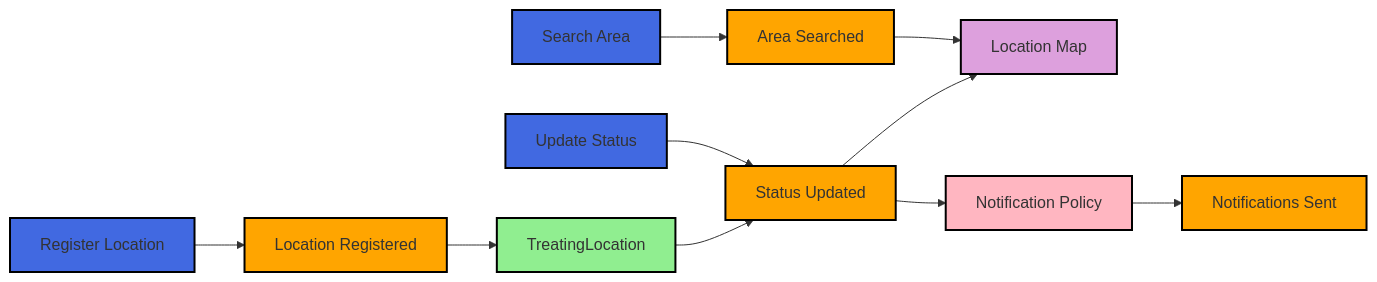
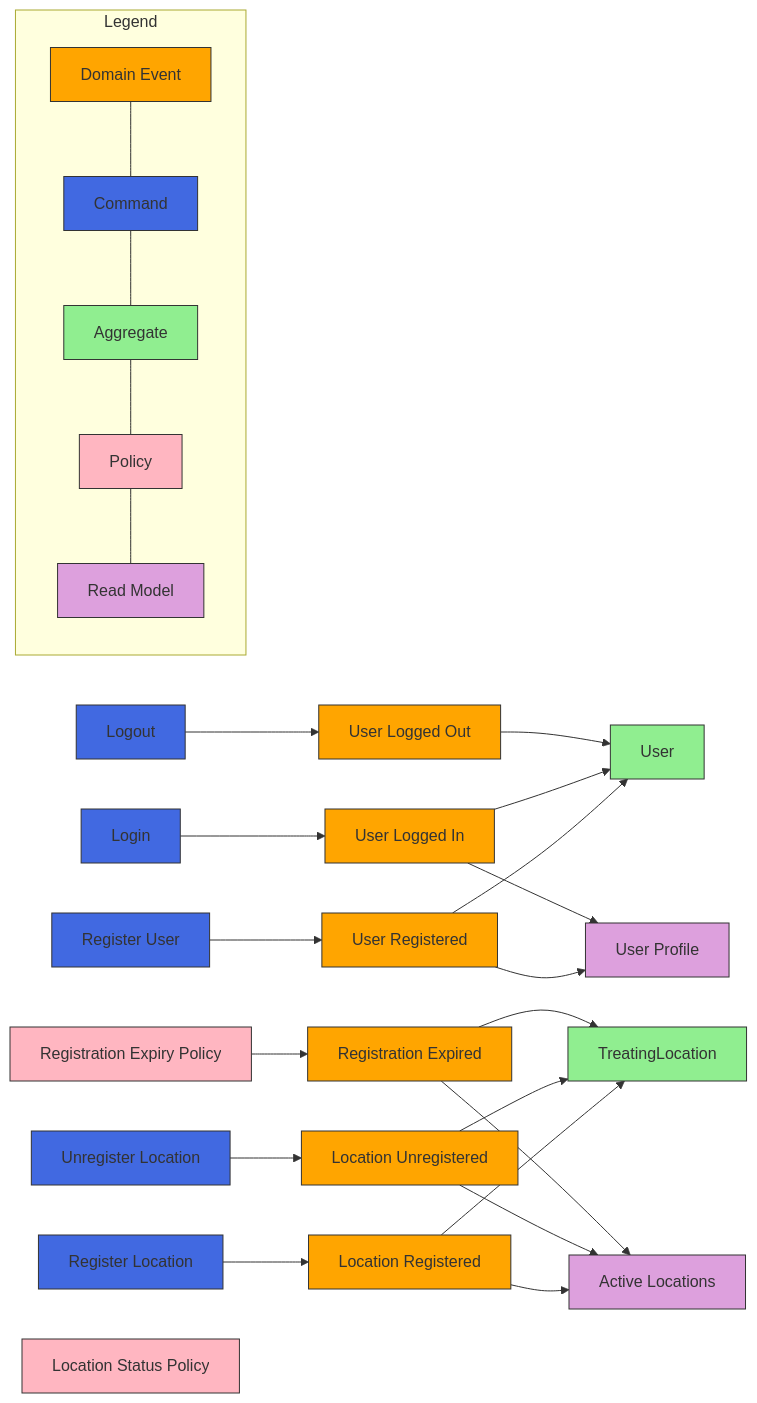
The diagram in event-storming.md (janusmartinlee/trick-or-treat-finder), drawn with Mermaid before and after one commit. The commit also changed other lines of this file and 3 other files, not shown here.

Commit message:
Updated event storming diagram with core user and location events

````diff
--- a/event-storming.md
+++ b/event-storming.md
@@ -5,20 +12,70 @@
 ```mermaid
-graph LR
-    classDef domainEvent fill:#FFA500,stroke:#000,stroke-width:2px
-    classDef command fill:#4169E1,stroke:#000,stroke-width:2px
-    classDef aggregate fill:#90EE90,stroke:#000,stroke-width:2px
-    classDef policy fill:#FFB6C1,stroke:#000,stroke-width:2px
-    classDef readModel fill:#DDA0DD,stroke:#000,stroke-width:2px
+flowchart LR
+    %% Legend
+    L1[Domain Event]:::event
+    L2[Command]:::command
+    L3[Aggregate]:::aggregate
+    L4[Policy]:::policy
+    L5[Read Model]:::readmodel
     
-    C1[Register Location]:::command --> E1[Location Registered]:::domainEvent
-    E1 --> A1[TreatingLocation]:::aggregate
-    A1 --> E2[Status Updated]:::domainEvent
-    C2[Update Status]:::command --> E2
-    E2 --> RM1[Location Map]:::readModel
+    subgraph Legend
+        L1 --- L2 --- L3 --- L4 --- L5
+    end
+
+    %% Domain Events in Orange
+    E1[User Registered]:::event
+    E2[User Logged In]:::event
+    E3[User Logged Out]:::event
+    E4[Location Registered]:::event
+    E5[Location Unregistered]:::event
+    E6[Registration Expired]:::event
     
-    C3[Search Area]:::command --> E3[Area Searched]:::domainEvent
-    E3 --> RM1
+    %% Commands in Blue
+    C1[Register User]:::command
+    C2[Login]:::command
+    C3[Logout]:::command
+    C4[Register Location]:::command
+    C5[Unregister Location]:::command
     
-    P1[Notification Policy]:::policy --> E4[Notifications Sent]:::domainEvent
-    E2 --> P1
+    %% Aggregates in Green
+    A1[User]:::aggregate
+    A2[TreatingLocation]:::aggregate
+    
+    %% Policies in Pink
+    P1[Registration Expiry Policy]:::policy
+    P2[Location Status Policy]:::policy
+    
+    %% Read Models in Purple
+    RM1[Active Locations]:::readmodel
+    RM2[User Profile]:::readmodel
+    
+    %% Flow
+    C1 --> E1
+    E1 --> A1
+    C2 --> E2
+    E2 --> A1
+    C3 --> E3
+    E3 --> A1
+    
+    C4 --> E4
+    E4 --> A2
+    C5 --> E5
+    E5 --> A2
+    
+    P1 --> E6
+    E6 --> A2
+    
+    %% Read Model Updates
+    E4 --> RM1
+    E5 --> RM1
+    E6 --> RM1
+    E1 --> RM2
+    E2 --> RM2
+    
+    %% Styling
+    classDef event fill:#FFA500,stroke:#333
+    classDef command fill:#4169E1,stroke:#333
+    classDef aggregate fill:#90EE90,stroke:#333
+    classDef policy fill:#FFB6C1,stroke:#333
+    classDef readmodel fill:#DDA0DD,stroke:#333
 ```
````
